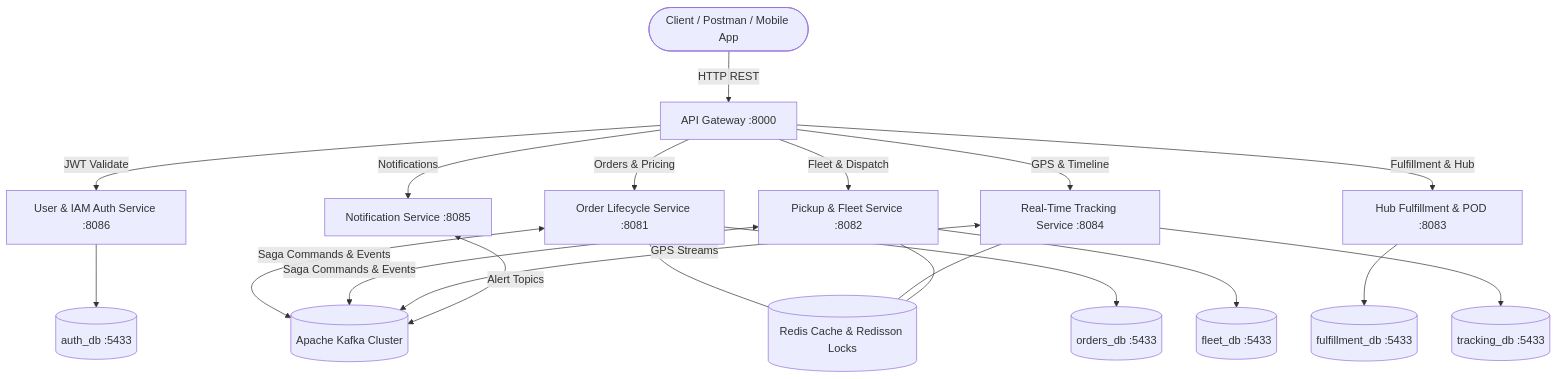
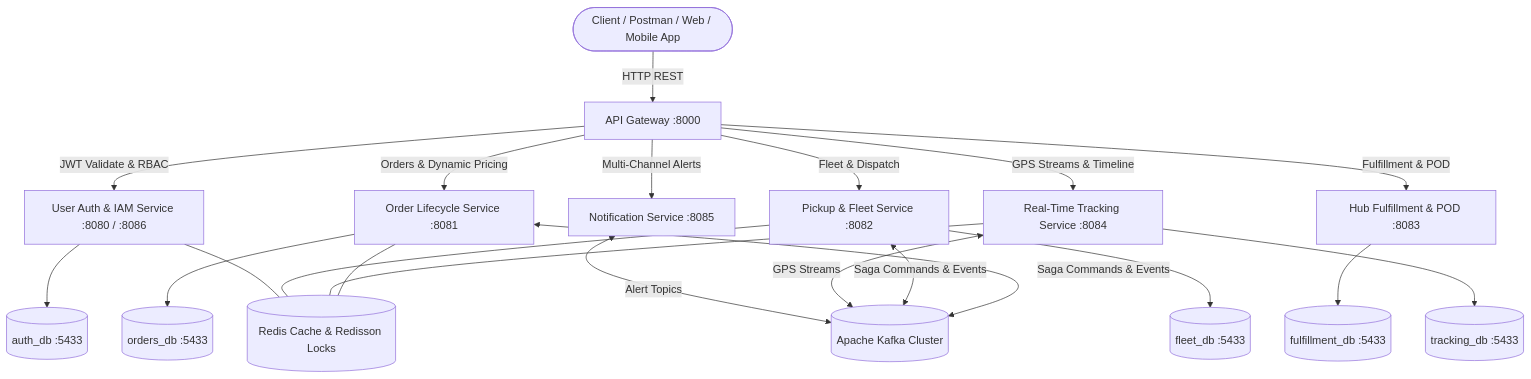
One commit to vanlinh00/Logistics_Delivery_Microservices_Platform changed the diagram in README.md. Above: the diagram before and after it, drawn with Mermaid. The commit also changed other lines of this file, not shown here.

First line of the commit message:
docs: update readme with architectural changes

````diff
--- a/README.md
+++ b/README.md
@@ -16,26 +17,27 @@
 ```mermaid
 graph TD
-    Client([Client / Postman / Mobile App]) -->|HTTP REST| Gateway[API Gateway :8000]
+    Client([Client / Postman / Web / Mobile App]) -->|HTTP REST| Gateway[API Gateway :8000]
     
-    Gateway -->|JWT Validate| AuthService[User & IAM Auth Service :8086]
-    Gateway -->|Orders & Pricing| OrderService[Order Lifecycle Service :8081]
+    Gateway -->|JWT Validate & RBAC| AuthService[User Auth & IAM Service :8080 / :8086]
+    Gateway -->|Orders & Dynamic Pricing| OrderService[Order Lifecycle Service :8081]
     Gateway -->|Fleet & Dispatch| FleetService[Pickup & Fleet Service :8082]
-    Gateway -->|Fulfillment & Hub| FulfillmentService[Hub Fulfillment & POD :8083]
-    Gateway -->|GPS & Timeline| TrackingService[Real-Time Tracking Service :8084]
-    Gateway -->|Notifications| NotifService[Notification Service :8085]
+    Gateway -->|Fulfillment & POD| FulfillmentService[Hub Fulfillment & POD :8083]
+    Gateway -->|GPS Streams & Timeline| TrackingService[Real-Time Tracking Service :8084]
+    Gateway -->|Multi-Channel Alerts| NotifService[Notification Service :8085]
 
     OrderService <-->|Saga Commands & Events| Kafka[(Apache Kafka Cluster)]
     FleetService <-->|Saga Commands & Events| Kafka
     TrackingService <-->|GPS Streams| Kafka
     NotifService <-->|Alert Topics| Kafka
 
     OrderService --- Redis[(Redis Cache & Redisson Locks)]
     TrackingService --- Redis
     FleetService --- Redis
+    AuthService --- Redis
 
     OrderService --> DB1[(orders_db :5433)]
     FleetService --> DB2[(fleet_db :5433)]
     FulfillmentService --> DB3[(fulfillment_db :5433)]
     TrackingService --> DB4[(tracking_db :5433)]
     AuthService --> DB5[(auth_db :5433)]
 ```
````
